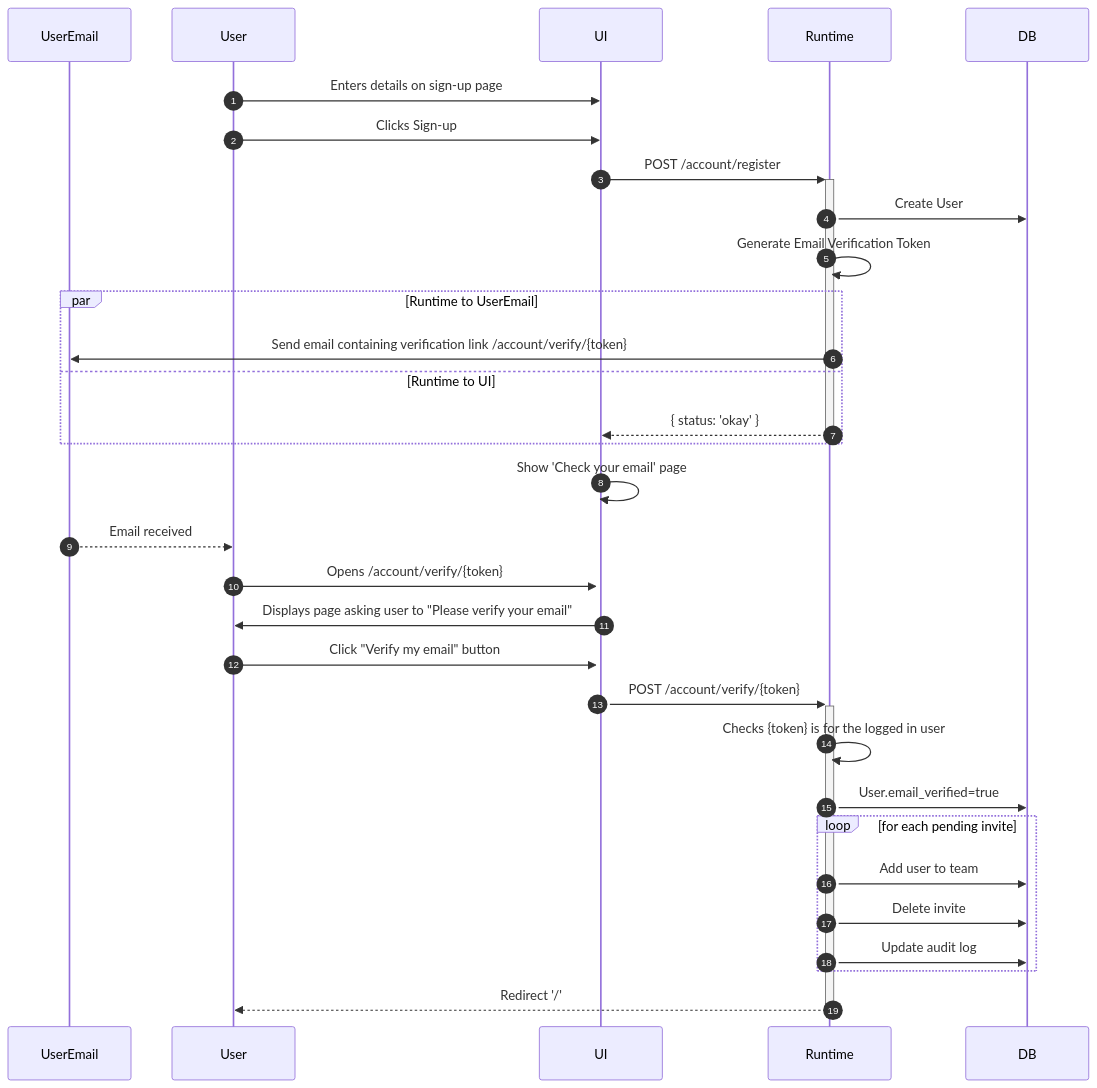
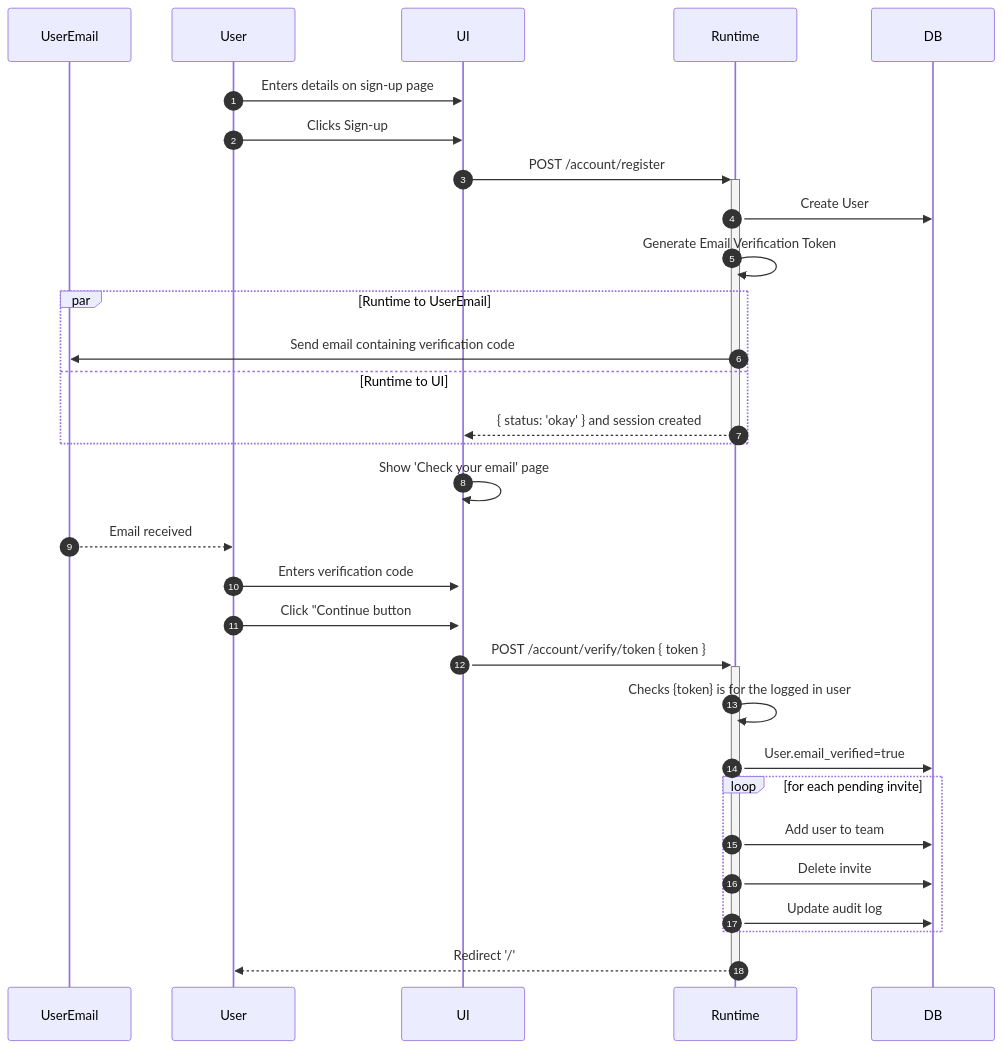
Before and after one commit to FlowFuse/flowfuse: the diagram in docs/contribute/workflows/signup.md, drawn with Mermaid.

Commit message:
Update sign-up workflow docs

````diff
--- a/docs/contribute/workflows/signup.md
+++ b/docs/contribute/workflows/signup.md
@@ -9,35 +9,33 @@
 ```mermaid
 sequenceDiagram
-    %% https://mermaid.live/edit#pako:eNp9VWtv4joQ_SsWV6t-2GVb0gIp0l0JSHiHQB4UUKXIxCaYJHZwHAit9r-vA7SX7fYun0LmzJkzMyf2a8lnCJcapRTvMkx9rBEYcBg_UyB_X76AjRBJ2ri9jTGPIUHfI7LHtxgR8U8CQ9bA4914pisTZducena6nb9sUzerWVk0uCd2Yj7lPdutOUN48Fo2bznrSqtDJh5OrTFbdCJhLuaGWs-rq0pVXRqD_rIVvZS1LOjwjbsfLdW5Ege9g4dro5Y3fdmr9fq2Yu-ICQ-PkSbyVg1pMa7VofmgEW20cZ7qFU88VnVPSxj3Vg97nqs9UZvl65dkN8ujsJtNKqyjO97U3DYhhdu7Sc9SuDpdqXeEW2Y76Oadje-uO5u9T4NcyfJg6s4PG61-iIeCauXJHj1M4T4yRnZ-3Obj1s4aTtZ3eDwW0Na9psMR2x1WCokdGE_nFcuvLnr3IoeoHC2qm9DdtWdBjUBjwDqwZjHzToXiLlW8eGYmztF_snK16pSN4Q51XdSbdyzqvEBDtajpl7NmHidZ71EzVs5Yh9FAqXZWI_1lrWhKGk6sabfc7mHoO7P7yaJsHo_6Uhs1E7dVtR1Jozs7FcG9v-4Gyx3kyOWxqNbz_jyBTwMeOEfDZY7vz6bpk-VNKq25Nq61k1xbE9WgStOzDTevTnAzavvhrKUYVtQ3BcMdpT1UEli1AzTg94OI5e2obKsdT9tGnfKjAw3EV100DCc-1zU1zLuKy9aRgVd1w4rva7aKzVHutaP1dLla9NN55ZAvZW-mj5faMFdDulgG3c0LPFq7iO2takwqcaTYkxU7uiiMa-7iYM23huNU1cMRJ44_3jzxx3506M96odVtpsc6VNF623-gFeexszuMhswL1AWHro28YLjw-_b87HmYCUazeIX5-X8CuSA-SSAVwNUBTIGbYq7LjyH6BGC_AT6J9f98ZzkF3sqoIDH-M6y1zu9cu_zjh9tvAJ0KzFOAsJDlU8AoSElAy1ki0wL8AdyOiB-mwD4jLsG-DH61nAaYmLYDbqHvM1n9luOApOJNtuVIlNaSFBxDga8aOkWK9C6mmBex0yTADHOyJj4URGpyWIjpezdv7QHBPo7undHVG8DGFAF8YvMZlQ1SQgOwvyaOCA3_03wKHW9fRVHu52V7kuO6Xv-3QrJSuZjMK0gFFFnaADcshMcbcMmWCp7p1aAKrL1hB3DT3mA_BEeW8bPEm-uB6wWxazcus-DYx_KURFfr-FowmQmm6d_ln6tKJo2kSQSP6amM9EhYzCKT0yu6ei6dc6_0AIgQx2n6XPrMBDJjds74AAarTEi7_90bnwl998FpMCm4BAFJwZpJkRsMIhYEGAFCT7o_GKswwveTGO-8YYz-FTy7TDRiLDnxyJNsA-TYUNE-oXsi8AfnFGRNhN5nI_Db5fUbRMMRlmb9Xwo3QYWZYSZvtkL5lR-uvSM3Y8nLT25YgJvbm2da-la63IzyDn0twM8l2bz8mEsN-YggD4uV_JS47FRClwUYLzXWMErxt1Jx2thH6pcaRfdvoMslfEH9_AUC2oYO
     autonumber
     participant UE as UserEmail
     participant US as User
     participant UI
     participant RT as Runtime
     participant DB
     US->>UI: Enters details on sign-up page
     US->>UI: Clicks Sign-up
     UI->>+RT: POST /account/register
     RT->>DB: Create User
     RT->>RT: Generate Email Verification Token
     par Runtime to UserEmail
-        RT->>UE: Send email containing verification link /account/verify/{token}
+        RT->>UE: Send email containing verification code
     and Runtime to UI
-        RT-->>-UI: { status: 'okay' }
+        RT-->>-UI: { status: 'okay' } and session created
     end
 
     UI->>UI: Show 'Check your email' page
     UE-->>US: Email received
-    US->>+UI: Opens /account/verify/{token}
-    UI->>US: Displays page asking user to "Please verify your email"
-    US->>UI: Click "Verify my email" button
-    UI->>+RT: POST /account/verify/{token}
+    US->>+UI: Enters verification code
+    US->>UI: Click "Continue button
+    UI->>+RT: POST /account/verify/token { token }
     RT->>RT: Checks {token} is for the logged in user
     RT->>DB: User.email_verified=true
     loop for each pending invite
         RT->>DB: Add user to team
         RT->>DB: Delete invite
         RT->>DB: Update audit log
     end
     RT-->>-US: Redirect '/'
 ```
````
